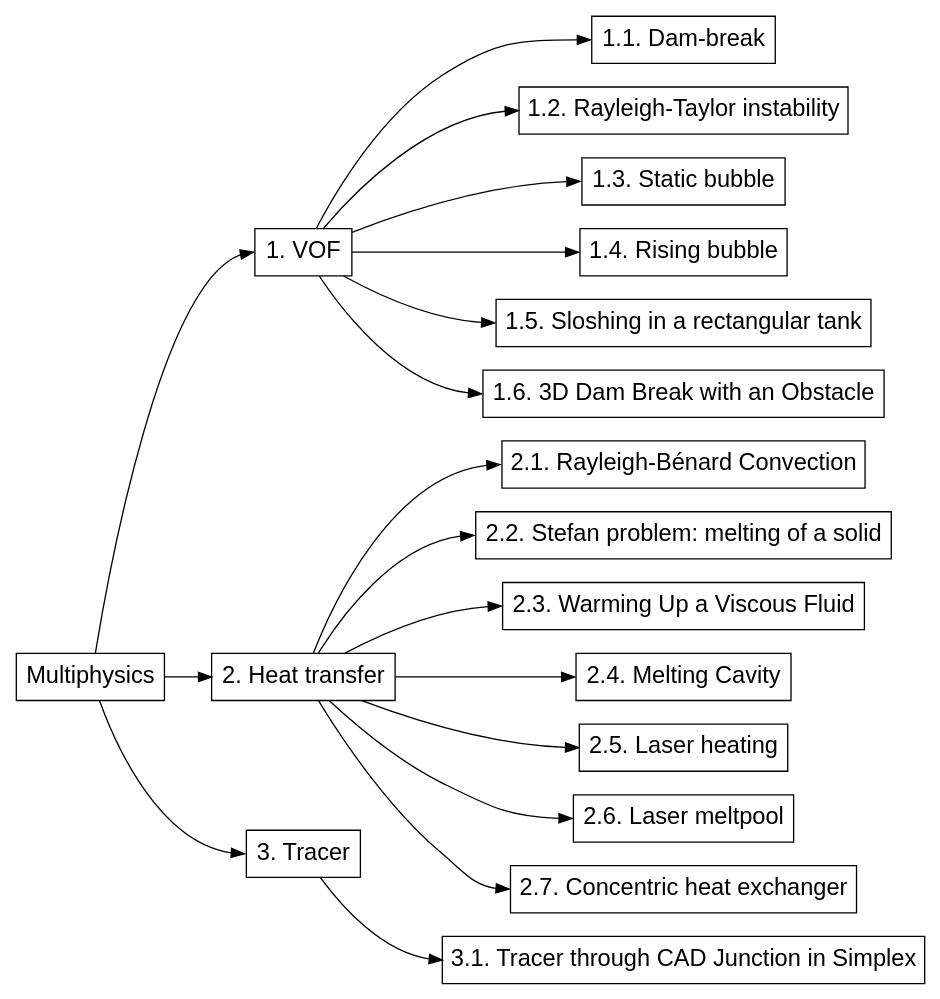
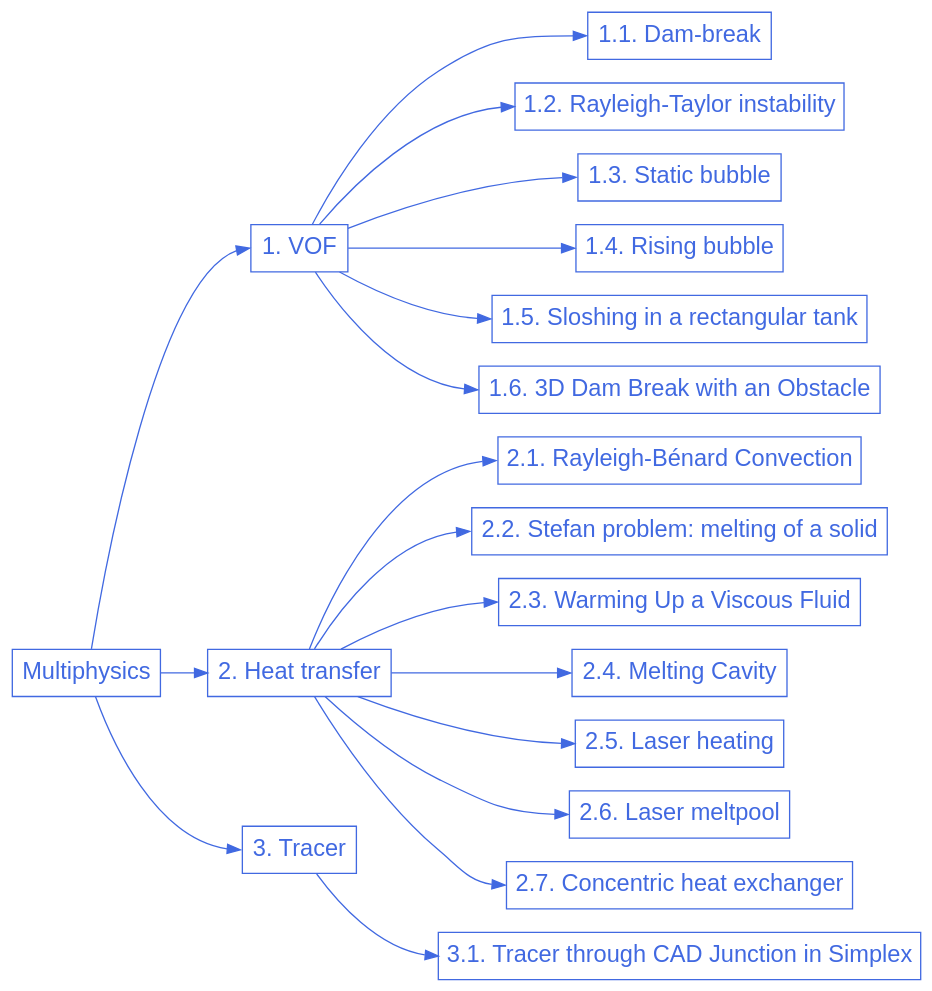
One commit to chaos-polymtl/lethe changed the diagram in doc/source/examples/multiphysics/multiphysics.rst. Above: the diagram before and after it, drawn with Graphviz. The commit also changed 5 other files, not shown here.

```diff
--- a/doc/source/examples/multiphysics/multiphysics.rst
+++ b/doc/source/examples/multiphysics/multiphysics.rst
@@ -15,68 +15,66 @@
 .. graphviz:: 
 
     digraph multiphysics_diagram {
-      graph [align=true];
-      node [fontname=Arial, fontsize=18, shape=box];
-      center=true;
-      fontname="Comic Sans MS";
-      fontsize = "20";
+      graph [bgcolor="transparent", align=true];
+      node [fontname=Arial, fontsize=18, shape=box, fontcolor=royalblue, color=royalblue];
+      edge [color=royalblue];
       rankdir="LR";
       size = "9,9";
       
       multiphysics [label="Multiphysics", href="https://lethe-cfd.github.io/lethe/examples/multiphysics/multiphysics.html"];
 
       multiphysics_1 [label="1. VOF", href="https://lethe-cfd.github.io/lethe/examples/multiphysics/vof.html"];  
 
       multiphysics_1_1 [label="1.1. Dam-break", href="https://lethe-cfd.github.io/lethe/examples/multiphysics/dam-break/dam-break.html"];  
 
       multiphysics_1_2 [label="1.2. Rayleigh-Taylor instability", href="https://lethe-cfd.github.io/lethe/examples/multiphysics/rayleigh-taylor-instability/rayleigh-taylor-instability.html"];  
 
       multiphysics_1_3 [label="1.3. Static bubble", href="https://lethe-cfd.github.io/lethe/examples/multiphysics/static-bubble/static-bubble.html"];  
 
       multiphysics_1_4 [label="1.4. Rising bubble", href="https://lethe-cfd.github.io/lethe/examples/multiphysics/rising-bubble/rising-bubble.html"];  
 
       multiphysics_1_5 [label="1.5. Sloshing in a rectangular tank", href="https://lethe-cfd.github.io/lethe/examples/multiphysics/sloshing-in-rectangular-tank/sloshing-in-rectangular-tank.html"];  
 
       multiphysics_1_6 [label="1.6. 3D Dam Break with an Obstacle", href="https://lethe-cfd.github.io/lethe/examples/multiphysics/3d-dam-break/3d-dam-break.html"];  
 
       multiphysics_2 [label="2. Heat transfer", href="https://lethe-cfd.github.io/lethe/examples/multiphysics/heat-transfer.html"];  
 
       multiphysics_2_1 [label="2.1. Rayleigh-Bénard Convection", href="https://lethe-cfd.github.io/lethe/examples/multiphysics/rayleigh-benard-convection/rayleigh-benard-convection.html"]; 
 
       multiphysics_2_2 [label="2.2. Stefan problem: melting of a solid", href="https://lethe-cfd.github.io/lethe/examples/multiphysics/stefan-problem/stefan-problem.html"]; 
 
       multiphysics_2_3 [label="2.3. Warming Up a Viscous Fluid", href="https://lethe-cfd.github.io/lethe/examples/multiphysics/warming-up-a-viscous-fluid/warming-up-a-viscous-fluid.html"]; 
 
       multiphysics_2_4 [label="2.4. Melting Cavity", href="https://lethe-cfd.github.io/lethe/examples/multiphysics/melting-cavity/melting-cavity.html"]; 
 
       multiphysics_2_5 [label="2.5. Laser heating", href="https://lethe-cfd.github.io/lethe/examples/multiphysics/laser-heating/laser-heating.html"]; 
 
       multiphysics_2_6 [label="2.6. Laser meltpool", href="https://lethe-cfd.github.io/lethe/examples/multiphysics/laser-meltpool/laser-meltpool.html"]; 
 
       multiphysics_2_7 [label="2.7. Concentric heat exchanger", href="https://lethe-cfd.github.io/lethe/examples/multiphysics/concentric-heat-exchanger/concentric-heat-exchanger.html"]; 
 
       multiphysics_3 [label="3. Tracer", href="https://lethe-cfd.github.io/lethe/examples/multiphysics/tracer.html"];  
 
       multiphysics_3_1 [label="3.1. Tracer through CAD Junction in Simplex", href="https://lethe-cfd.github.io/lethe/examples/multiphysics/tracer-through-cad-junction/tracer-through-cad-junction.html"]; 
 
       multiphysics -> multiphysics_1:w;
       multiphysics -> multiphysics_2:w;
       multiphysics -> multiphysics_3:w;
 
       multiphysics_1 -> multiphysics_1_1:w;
       multiphysics_1 -> multiphysics_1_2:w;
       multiphysics_1 -> multiphysics_1_3:w;
       multiphysics_1 -> multiphysics_1_4:w;
       multiphysics_1 -> multiphysics_1_5:w;
       multiphysics_1 -> multiphysics_1_6:w;
 
       multiphysics_2 -> multiphysics_2_1:w;
       multiphysics_2 -> multiphysics_2_2:w;
       multiphysics_2 -> multiphysics_2_3:w;
       multiphysics_2 -> multiphysics_2_4:w;
       multiphysics_2 -> multiphysics_2_5:w;
       multiphysics_2 -> multiphysics_2_6:w;
       multiphysics_2 -> multiphysics_2_7:w;
 
       multiphysics_3 -> multiphysics_3_1:w;
     }
```
